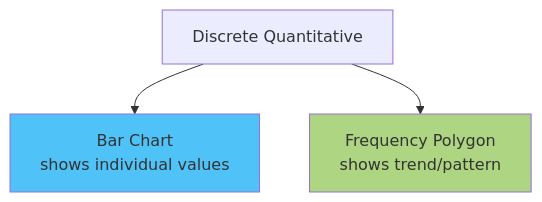
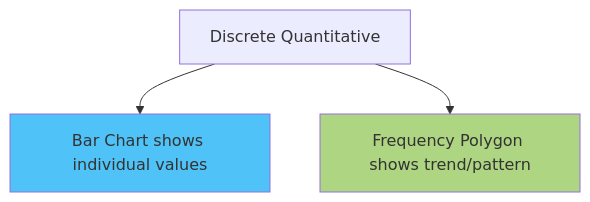
Before and after one commit to daxxac/mba-notes: the third of 7 diagrams in docs/research-methods/lecture-02.md, drawn with Mermaid. The commit also changed other lines of this file and 4 other files, not shown here.

First line of the commit message:
Fix Mermaid diagram parsing errors: replace <br/> with spaces

````diff
--- a/docs/research-methods/lecture-02.md
+++ b/docs/research-methods/lecture-02.md
@@ -194,8 +194,8 @@
 ```mermaid
 graph TD
-    A[Discrete Quantitative] --> B[Bar Chart<br/>shows individual values]
-    A --> C[Frequency Polygon<br/>shows trend/pattern]
+    A[Discrete Quantitative] --> B[Bar Chart shows individual values]
+    A --> C[Frequency Polygon shows trend/pattern]
     
     style B fill:#4fc3f7
     style C fill:#aed581
 ```
````
